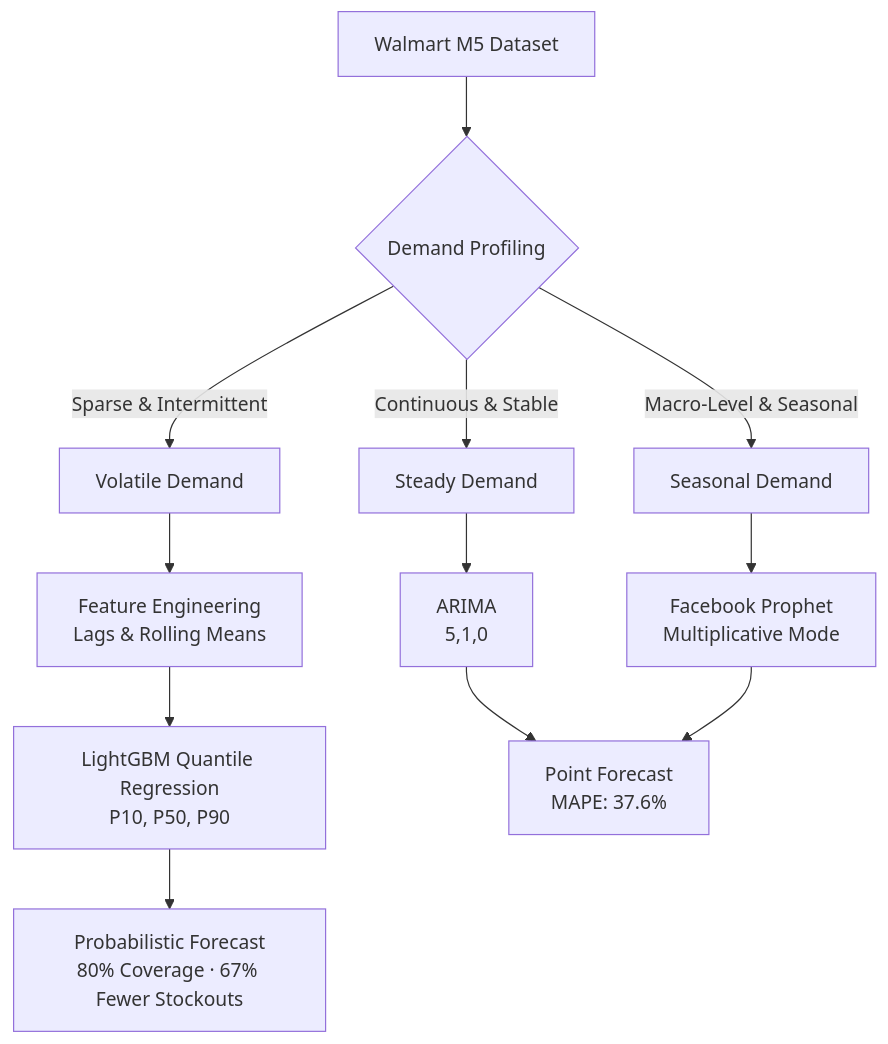
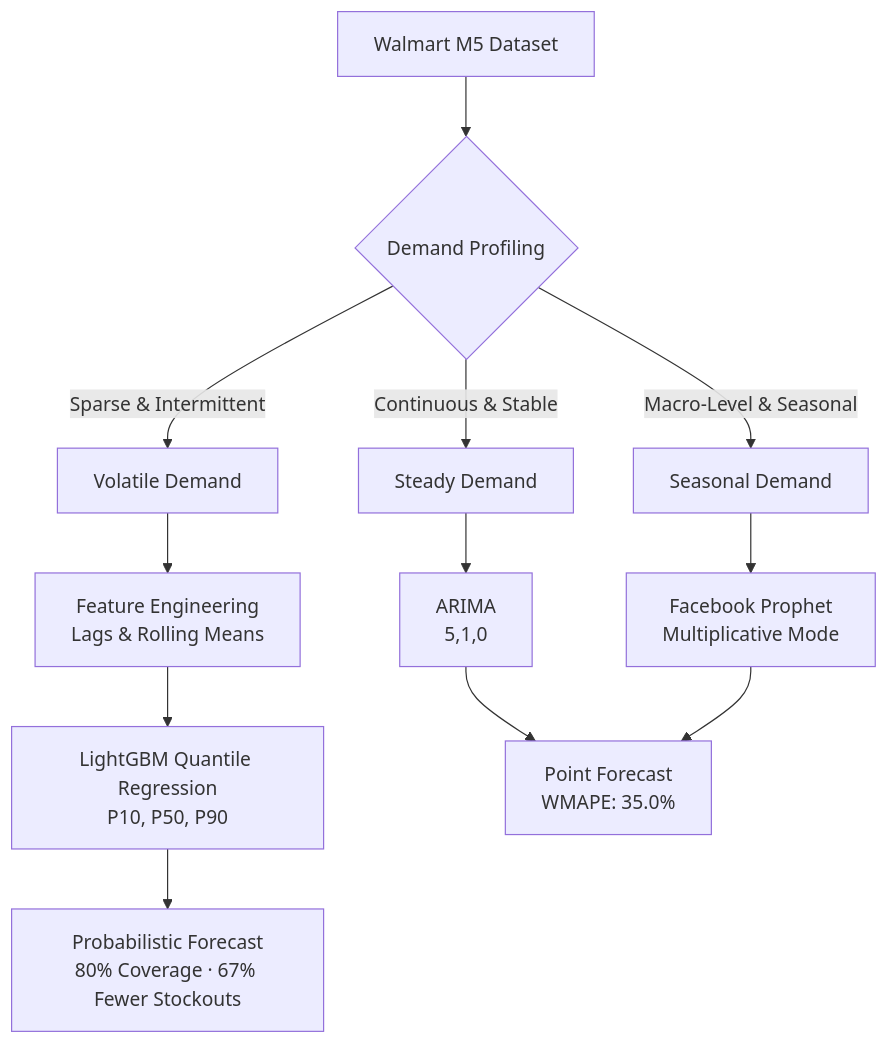
Before and after one commit to Cokaine29/IEOR_AI_ML_DS_Projects: the diagram in 03_Retail_Demand_Forecasting/README.md, drawn with Mermaid. The commit also changed other lines of this file and 1 other file, not shown here.

Commit message:
docs(project3): sync README and Report with WMAPE findings

````diff
--- a/03_Retail_Demand_Forecasting/README.md
+++ b/03_Retail_Demand_Forecasting/README.md
@@ -47,18 +49,18 @@
 ```mermaid
 graph TD
     A[Walmart M5 Dataset] --> B{Demand Profiling}
 
     B -->|Continuous & Stable| C[Steady Demand]
     B -->|Macro-Level & Seasonal| D[Seasonal Demand]
     B -->|Sparse & Intermittent| E[Volatile Demand]
 
     C --> F[ARIMA<br/>5,1,0]
     D --> G[Facebook Prophet<br/>Multiplicative Mode]
 
     E --> H[Feature Engineering<br/>Lags & Rolling Means]
     H --> I[LightGBM Quantile Regression<br/>P10, P50, P90]
 
-    F --> J[Point Forecast<br/>MAPE: 37.6%]
+    F --> J[Point Forecast<br/>WMAPE: 35.0%]
     G --> J
     I --> K[Probabilistic Forecast<br/>80% Coverage · 67% Fewer Stockouts]
 ```
````
